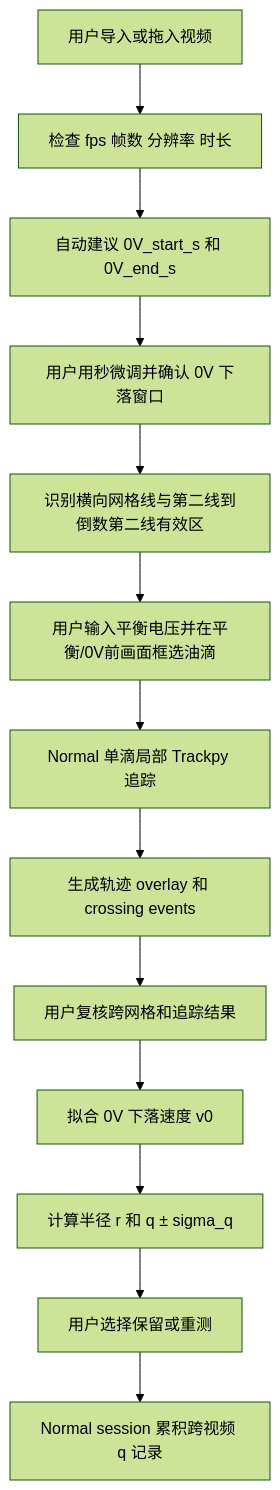
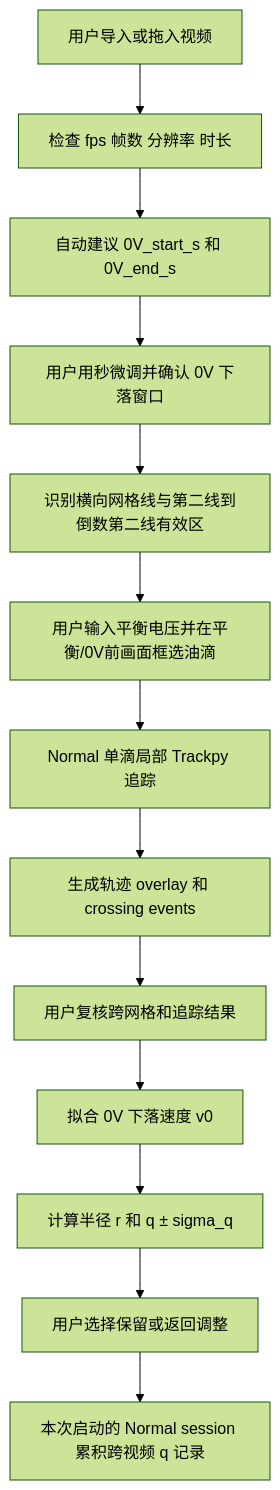
One commit to teddyli18000/AiForMillikan changed the diagram in docs/单颗q计算.md. Above: the diagram before and after it, drawn with Mermaid (forest theme). The commit also changed other lines of this file and 15 other files, not shown here.

Commit message:
Release desktop 0.1.2 normal session fixes

````diff
--- a/docs/单颗q计算.md
+++ b/docs/单颗q计算.md
@@ -88,15 +88,15 @@
 ```mermaid
 flowchart TD
     A[用户导入或拖入视频] --> B[检查 fps 帧数 分辨率 时长]
     B --> C[自动建议 0V_start_s 和 0V_end_s]
     C --> D[用户用秒微调并确认 0V 下落窗口]
     D --> E[识别横向网格线与第二线到倒数第二线有效区]
     E --> F[用户输入平衡电压并在平衡/0V前画面框选油滴]
     F --> G[Normal 单滴局部 Trackpy 追踪]
     G --> H[生成轨迹 overlay 和 crossing events]
     H --> I[用户复核跨网格和追踪结果]
     I --> J[拟合 0V 下落速度 v0]
     J --> K[计算半径 r 和 q ± sigma_q]
-    K --> L[用户选择保留或重测]
-    L --> M[Normal session 累积跨视频 q 记录]
+    K --> L[用户选择保留或返回调整]
+    L --> M[本次启动的 Normal session 累积跨视频 q 记录]
 ```
````
